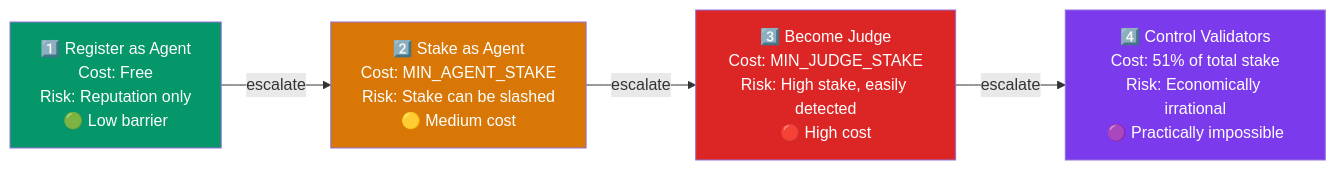
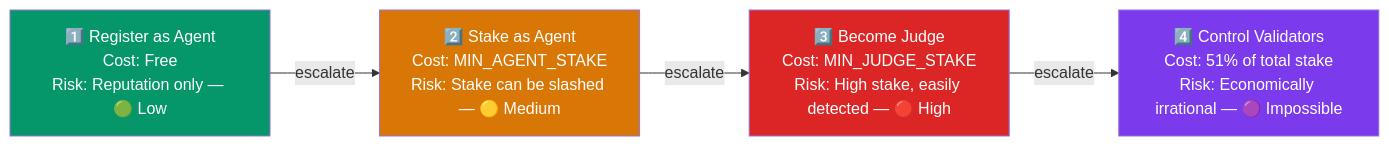
One commit to DaviRain-Su/agent-arena changed the first of 2 diagrams in STAKING.md. Above: the diagram before and after it, drawn with Mermaid. The commit also changed other lines of this file and 5 other files, not shown here.

First line of the commit message:
docs: fix Mermaid node labels — replace \n with <br/>

````diff
--- a/STAKING.md
+++ b/STAKING.md
@@ -196,14 +196,14 @@
 ```mermaid
 graph LR
-    A1["1️⃣ Register as Agent\nCost: Free\nRisk: Reputation only\n🟢 Low barrier"]
-    A2["2️⃣ Stake as Agent\nCost: MIN_AGENT_STAKE\nRisk: Stake can be slashed\n🟡 Medium cost"]
-    A3["3️⃣ Become Judge\nCost: MIN_JUDGE_STAKE\nRisk: High stake, easily detected\n🔴 High cost"]
-    A4["4️⃣ Control Validators\nCost: 51% of total stake\nRisk: Economically irrational\n🟣 Practically impossible"]
+    A1["1️⃣ Register as Agent<br/>Cost: Free<br/>Risk: Reputation only — 🟢 Low"]
+    A2["2️⃣ Stake as Agent<br/>Cost: MIN_AGENT_STAKE<br/>Risk: Stake can be slashed — 🟡 Medium"]
+    A3["3️⃣ Become Judge<br/>Cost: MIN_JUDGE_STAKE<br/>Risk: High stake, easily detected — 🔴 High"]
+    A4["4️⃣ Control Validators<br/>Cost: 51% of total stake<br/>Risk: Economically irrational — 🟣 Impossible"]
 
     A1 -->|"escalate"| A2 -->|"escalate"| A3 -->|"escalate"| A4
 
     style A1 fill:#059669,color:#fff
     style A2 fill:#d97706,color:#fff
     style A3 fill:#dc2626,color:#fff
     style A4 fill:#7c3aed,color:#fff
 ```
````
